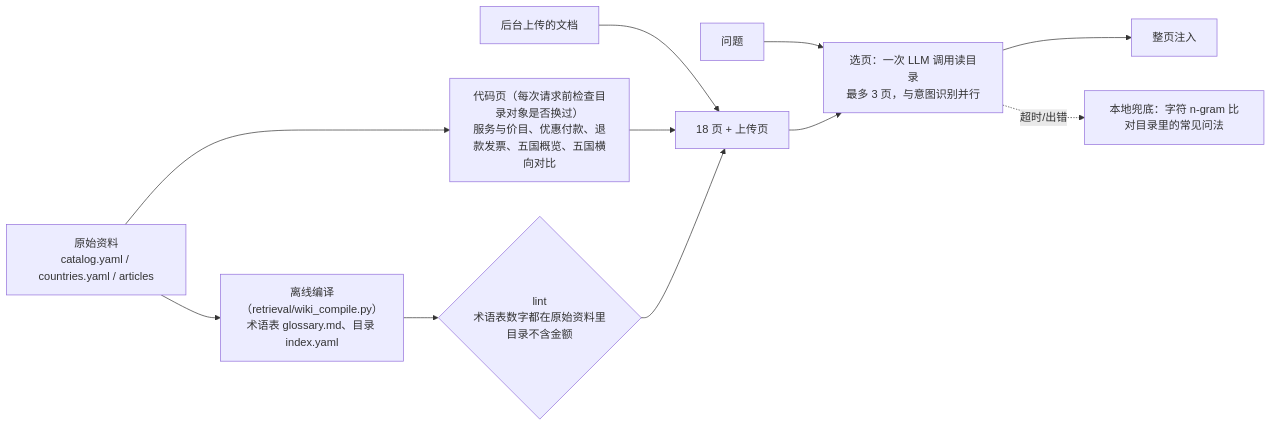
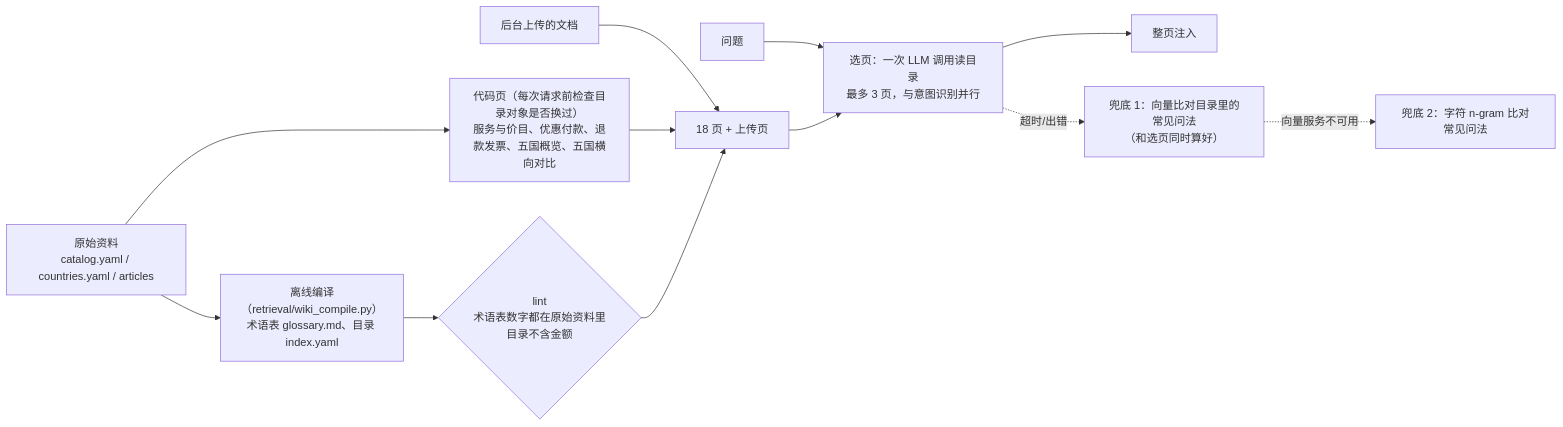
Before and after one commit to 44sunsetsf/GoEuroOps: diagram 13 of 17 in docs/ARCHITECTURE.md, drawn with Mermaid. The commit also changed other lines of this file and 5 other files, not shown here.

````diff
--- a/docs/ARCHITECTURE.md
+++ b/docs/ARCHITECTURE.md
@@ -508,13 +508,14 @@
 ```mermaid
 flowchart LR
     src["原始资料<br/>catalog.yaml / countries.yaml / articles"] --> code["代码页（每次请求前检查目录对象是否换过）<br/>服务与价目、优惠付款、退款发票、五国概览、五国横向对比"]
     src --> comp["离线编译（retrieval/wiki_compile.py）<br/>术语表 glossary.md、目录 index.yaml"]
     comp --> lint{"lint<br/>术语表数字都在原始资料里<br/>目录不含金额"}
     up["后台上传的文档"] --> pages
     code --> pages[18 页 + 上传页]
     lint --> pages
     q[问题] --> sel["选页：一次 LLM 调用读目录<br/>最多 3 页，与意图识别并行"]
     pages --> sel
     sel --> out[整页注入]
-    sel -.超时/出错.-> local["本地兜底：字符 n-gram 比对目录里的常见问法"]
+    sel -.超时/出错.-> emb["兜底 1：向量比对目录里的常见问法<br/>（和选页同时算好）"]
+    emb -.向量服务不可用.-> local["兜底 2：字符 n-gram 比对常见问法"]
 ```
````
